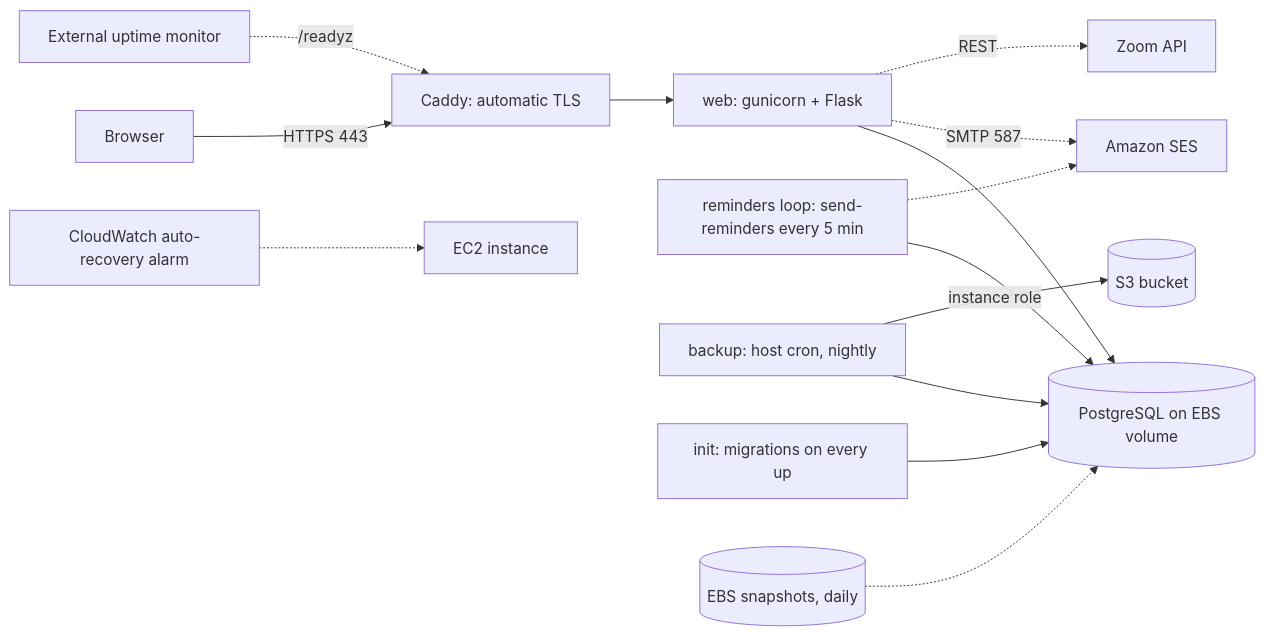
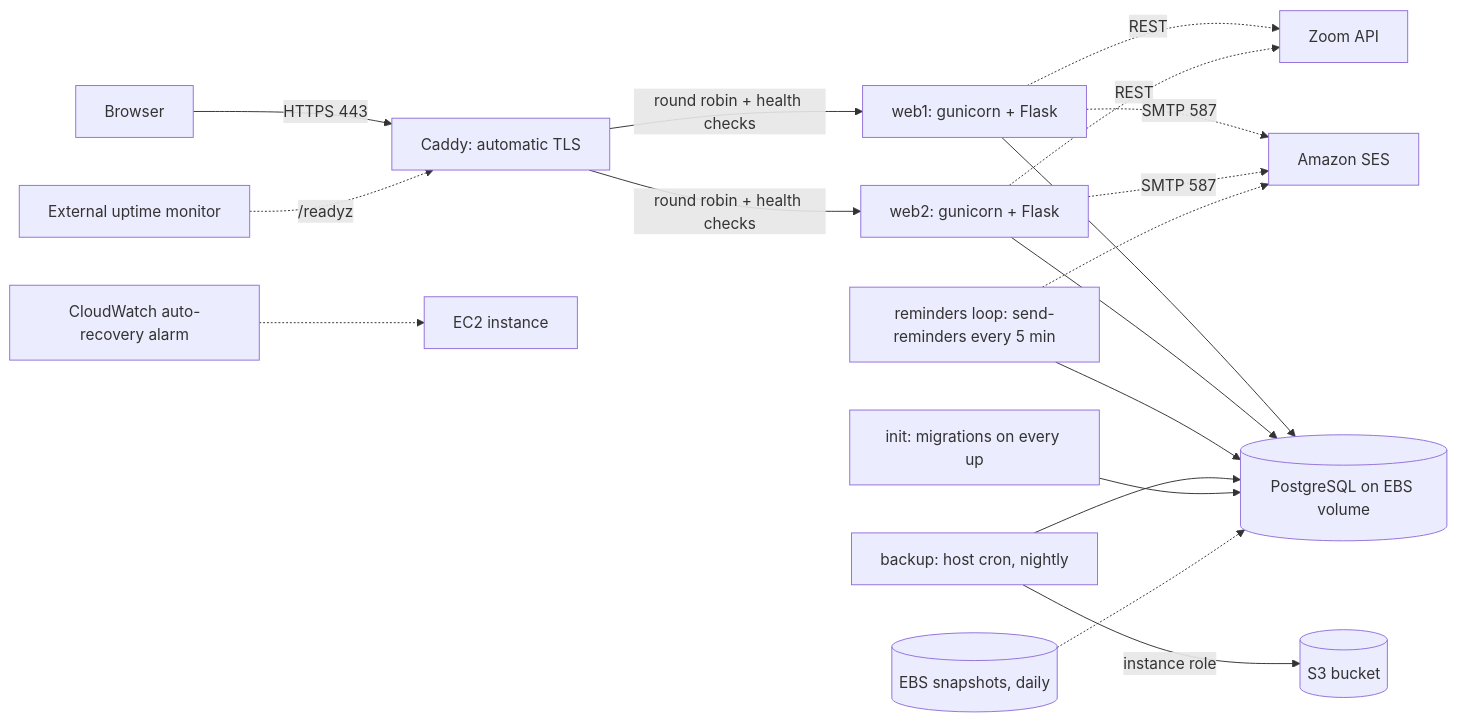
One commit to Ryan-wong123/booking-service-telegram-bot changed the first of 2 diagrams in docs/Architecture.md. Above: the diagram before and after it, drawn with Mermaid. The commit also changed other lines of this file and 13 other files, not shown here.

````diff
--- a/docs/Architecture.md
+++ b/docs/Architecture.md
@@ -12,16 +12,17 @@
 ```mermaid
 flowchart LR
   U[Browser] -->|HTTPS 443| C[Caddy: automatic TLS]
-  C --> W[web: gunicorn + Flask]
-  W --> PG[(PostgreSQL on EBS volume)]
-  W -.->|SMTP 587| SES[Amazon SES]
-  W -.->|REST| Z[Zoom API]
+  C -->|round robin + health checks| W1[web1: gunicorn + Flask]
+  C -->|round robin + health checks| W2[web2: gunicorn + Flask]
+  W1 & W2 --> PG[(PostgreSQL on EBS volume)]
+  W1 & W2 -.->|SMTP 587| SES[Amazon SES]
+  W1 & W2 -.->|REST| Z[Zoom API]
   R[reminders loop: send-reminders every 5 min] --> PG
   R -.-> SES
   BK[backup: host cron, nightly] --> PG
   BK -->|instance role| S3[(S3 bucket)]
   INIT[init: migrations on every up] --> PG
   EBS[(EBS snapshots, daily)] -.-> PG
   CW[CloudWatch auto-recovery alarm] -.-> EC2[EC2 instance]
   UP[External uptime monitor] -.->|/readyz| C
 ```
````
